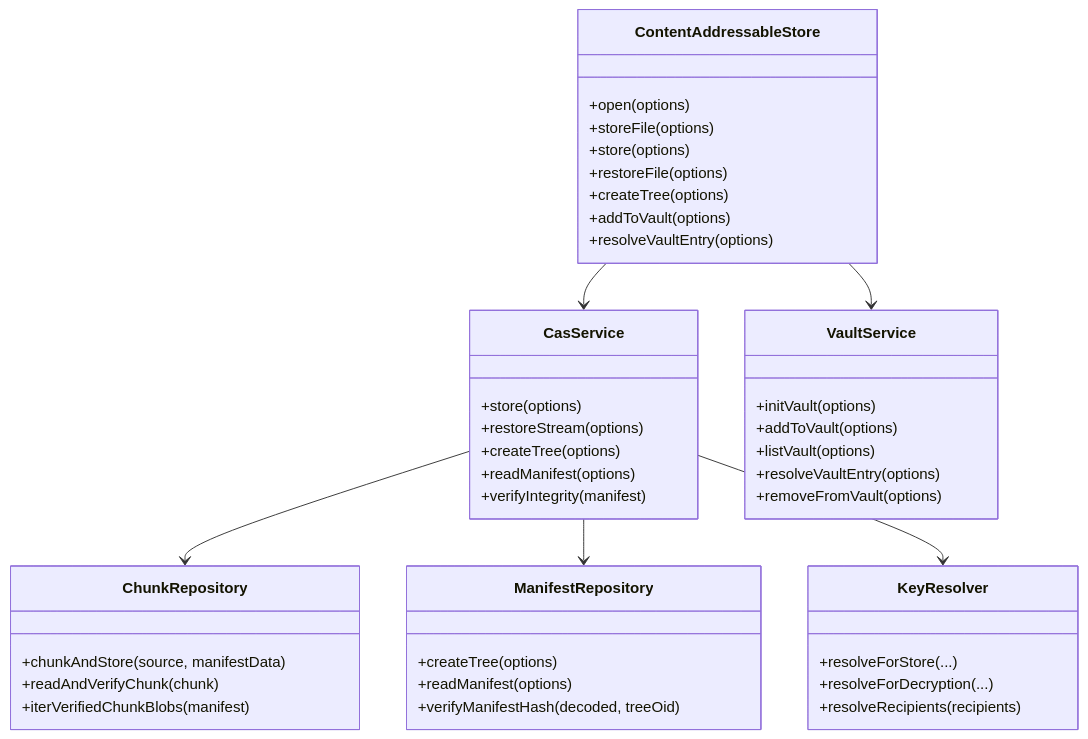
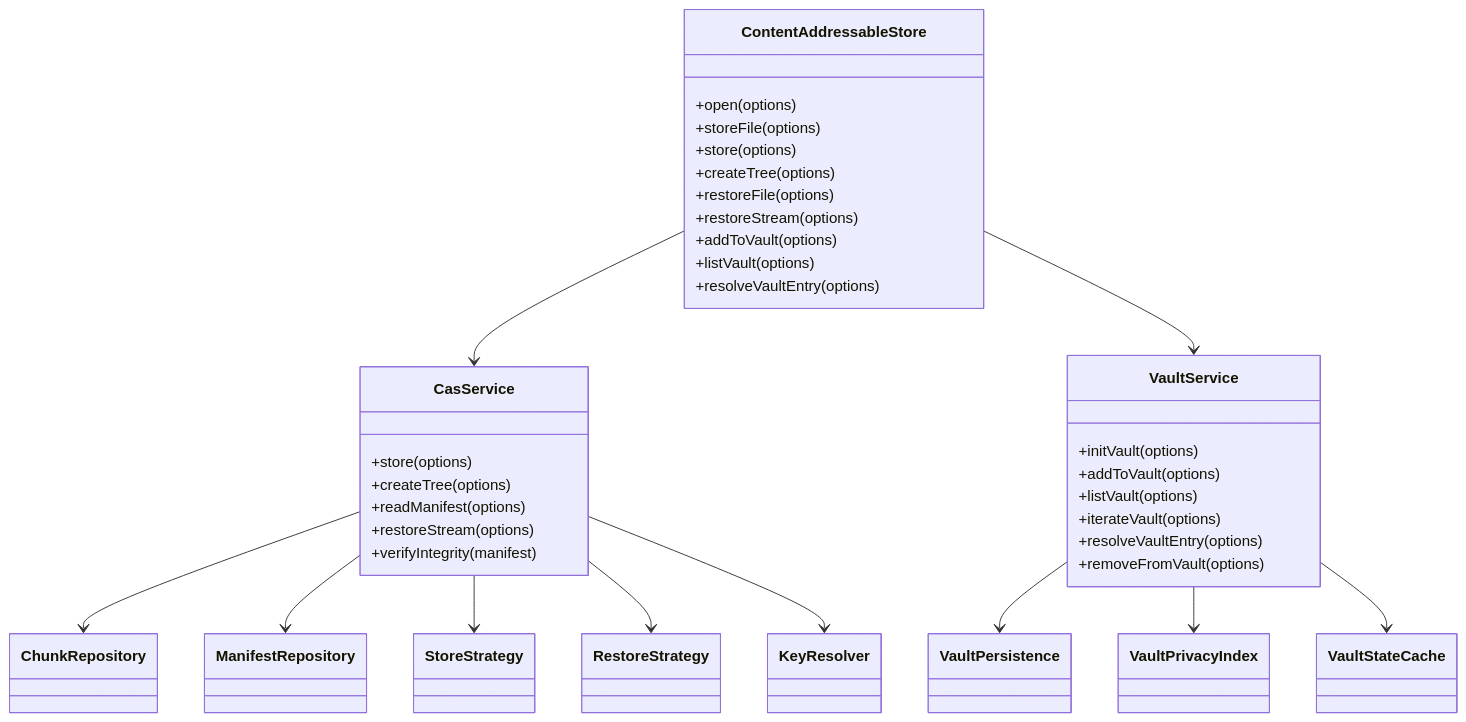
The sixth of 33 diagrams in docs/TECHNICAL_TEARDOWN.md (git-stunts/git-cas), drawn with Mermaid before and after one commit. The commit also changed other lines of this file, not shown here.

````diff
--- a/docs/TECHNICAL_TEARDOWN.md
+++ b/docs/TECHNICAL_TEARDOWN.md
@@ -310,47 +325,51 @@
 ```mermaid
 classDiagram
     class ContentAddressableStore {
       +open(options)
       +storeFile(options)
       +store(options)
+      +createTree(options)
       +restoreFile(options)
-      +createTree(options)
+      +restoreStream(options)
       +addToVault(options)
+      +listVault(options)
       +resolveVaultEntry(options)
     }
+
     class CasService {
       +store(options)
-      +restoreStream(options)
       +createTree(options)
       +readManifest(options)
+      +restoreStream(options)
       +verifyIntegrity(manifest)
     }
+
     class VaultService {
       +initVault(options)
       +addToVault(options)
       +listVault(options)
+      +iterateVault(options)
       +resolveVaultEntry(options)
       +removeFromVault(options)
     }
-    class ChunkRepository {
-      +chunkAndStore(source, manifestData)
-      +readAndVerifyChunk(chunk)
-      +iterVerifiedChunkBlobs(manifest)
-    }
-    class ManifestRepository {
-      +createTree(options)
-      +readManifest(options)
-      +verifyManifestHash(decoded, treeOid)
-    }
-    class KeyResolver {
-      +resolveForStore(...)
-      +resolveForDecryption(...)
-      +resolveRecipients(recipients)
-    }
+
+    class ChunkRepository
+    class ManifestRepository
+    class StoreStrategy
+    class RestoreStrategy
+    class KeyResolver
+    class VaultPersistence
+    class VaultPrivacyIndex
+    class VaultStateCache
 
     ContentAddressableStore --> CasService
     ContentAddressableStore --> VaultService
     CasService --> ChunkRepository
     CasService --> ManifestRepository
+    CasService --> StoreStrategy
+    CasService --> RestoreStrategy
     CasService --> KeyResolver
+    VaultService --> VaultPersistence
+    VaultService --> VaultPrivacyIndex
+    VaultService --> VaultStateCache
 ```
````
